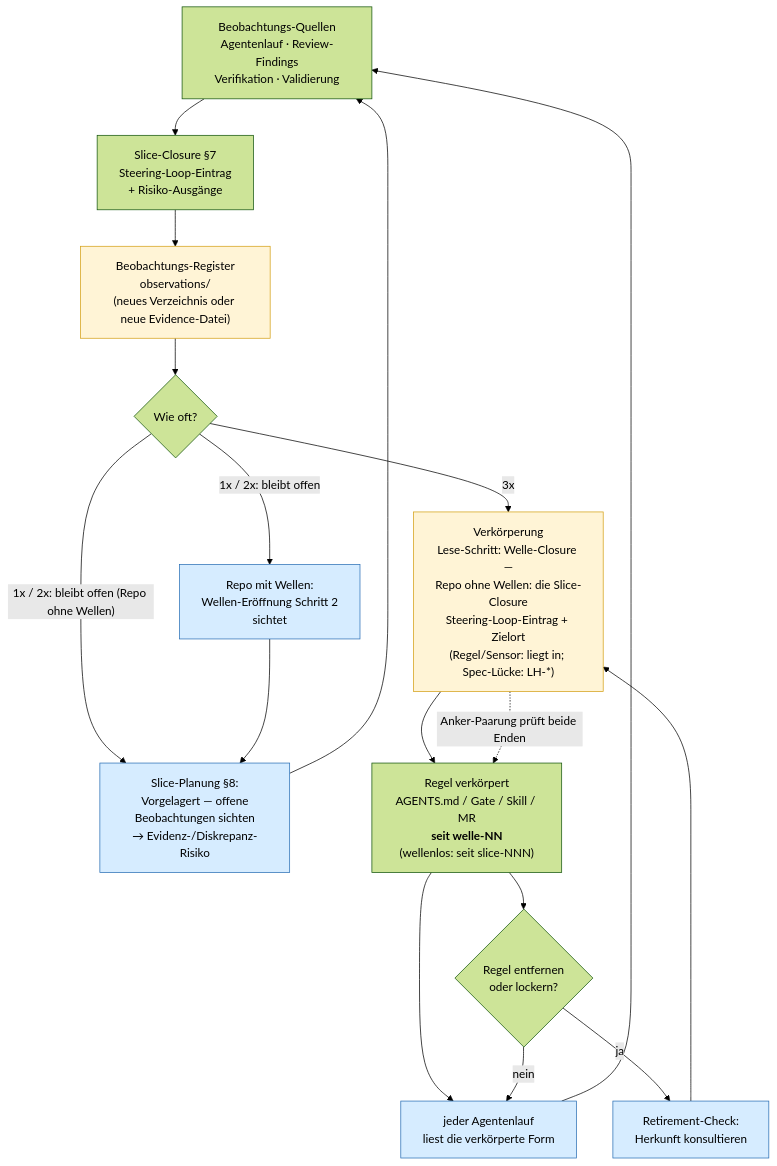
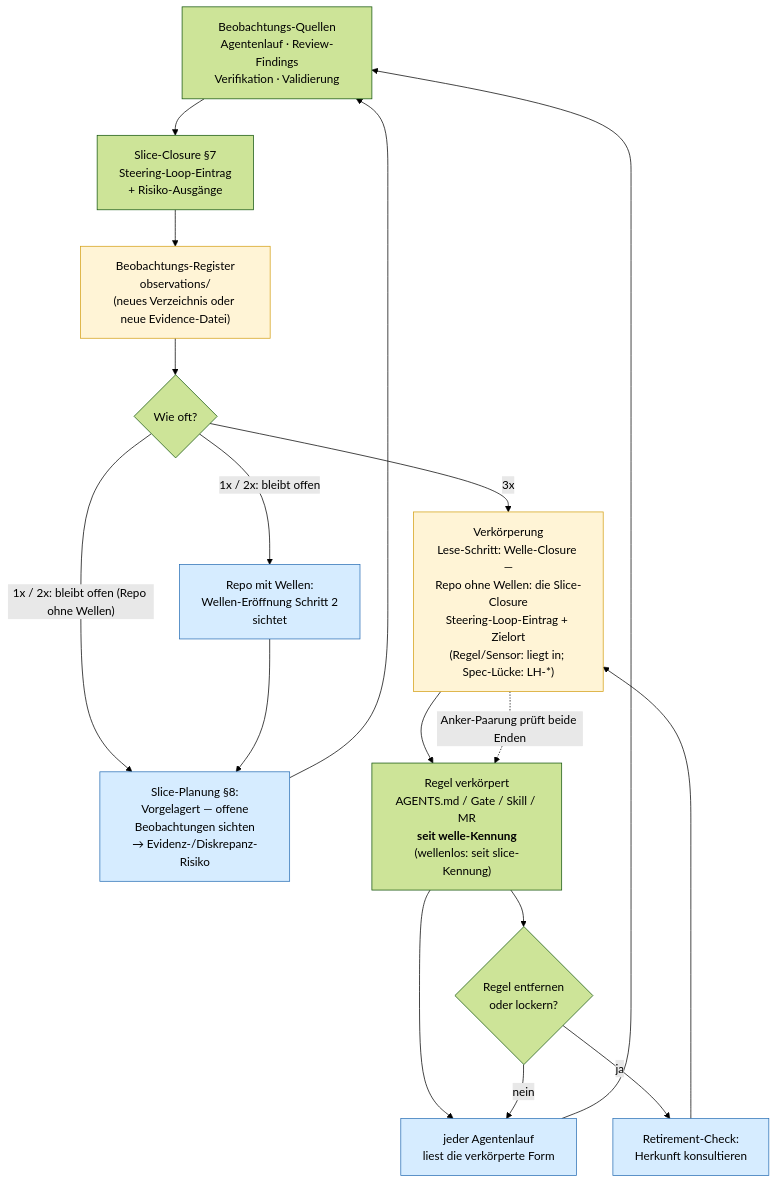
Before and after one commit to pt9912/ai-harness-course: the diagram in kurs/de/grundlagen/traceability.md, drawn with Mermaid (forest theme). The commit also changed other lines of this file and 160 other files, not shown here.

````diff
--- a/kurs/de/grundlagen/traceability.md
+++ b/kurs/de/grundlagen/traceability.md
@@ -250,28 +255,28 @@
 ```mermaid
 flowchart TB
     A["Beobachtungs-Quellen<br/>Agentenlauf · Review-Findings<br/>Verifikation · Validierung"] --> B["Slice-Closure §7<br/>Steering-Loop-Eintrag<br/>+ Risiko-Ausgänge"]
     B --> V["Beobachtungs-Register<br/>observations/<br/>(neues Verzeichnis oder neue Evidence-Datei)"]
     V --> C{"Wie oft?"}
     C -- "3x" --> E["Verkörperung<br/>Lese-Schritt: Welle-Closure —<br/>Repo ohne Wellen: die Slice-Closure<br/>Steering-Loop-Eintrag + Zielort<br/>(Regel/Sensor: liegt in; Spec-Lücke: LH-*)"]
 
     C -- "1x / 2x: bleibt offen" --> F["Repo mit Wellen:<br/>Wellen-Eröffnung Schritt 2<br/>sichtet"]
     C -- "1x / 2x: bleibt offen (Repo ohne Wellen)" --> G
     F --> G["Slice-Planung §8:<br/>Vorgelagert — offene<br/>Beobachtungen sichten<br/>→ Evidenz-/Diskrepanz-Risiko"]
     G --> A
 
-    E --> H["Regel verkörpert<br/>AGENTS.md / Gate / Skill / MR<br/><b>seit welle-NN</b><br/>(wellenlos: seit slice-NNN)"]
+    E --> H["Regel verkörpert<br/>AGENTS.md / Gate / Skill / MR<br/><b>seit welle-Kennung</b><br/>(wellenlos: seit slice-Kennung)"]
     H --> I["jeder Agentenlauf<br/>liest die verkörperte Form"]
     I --> A
     E -. "Anker-Paarung prüft beide Enden" .-> H
     H --> J{"Regel entfernen<br/>oder lockern?"}
     J -- "ja" --> K["Retirement-Check:<br/>Herkunft konsultieren"]
     J -- "nein" --> I
     K --> E
 
     style V fill:#fff4d6,stroke:#d4a017
     style E fill:#fff4d6,stroke:#d4a017
     style F fill:#d6ecff,stroke:#2a6fb5
     style G fill:#d6ecff,stroke:#2a6fb5
     style I fill:#d6ecff,stroke:#2a6fb5
     style K fill:#d6ecff,stroke:#2a6fb5
 ```
````
